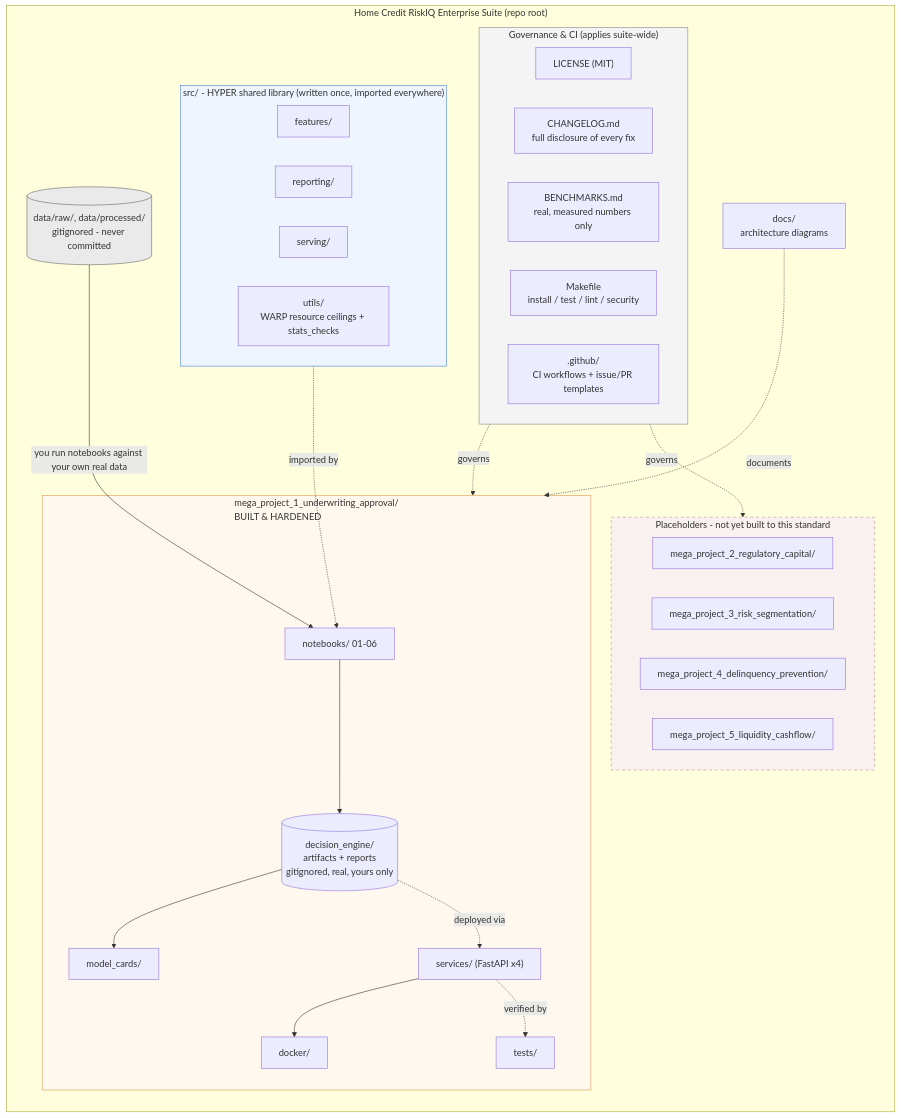
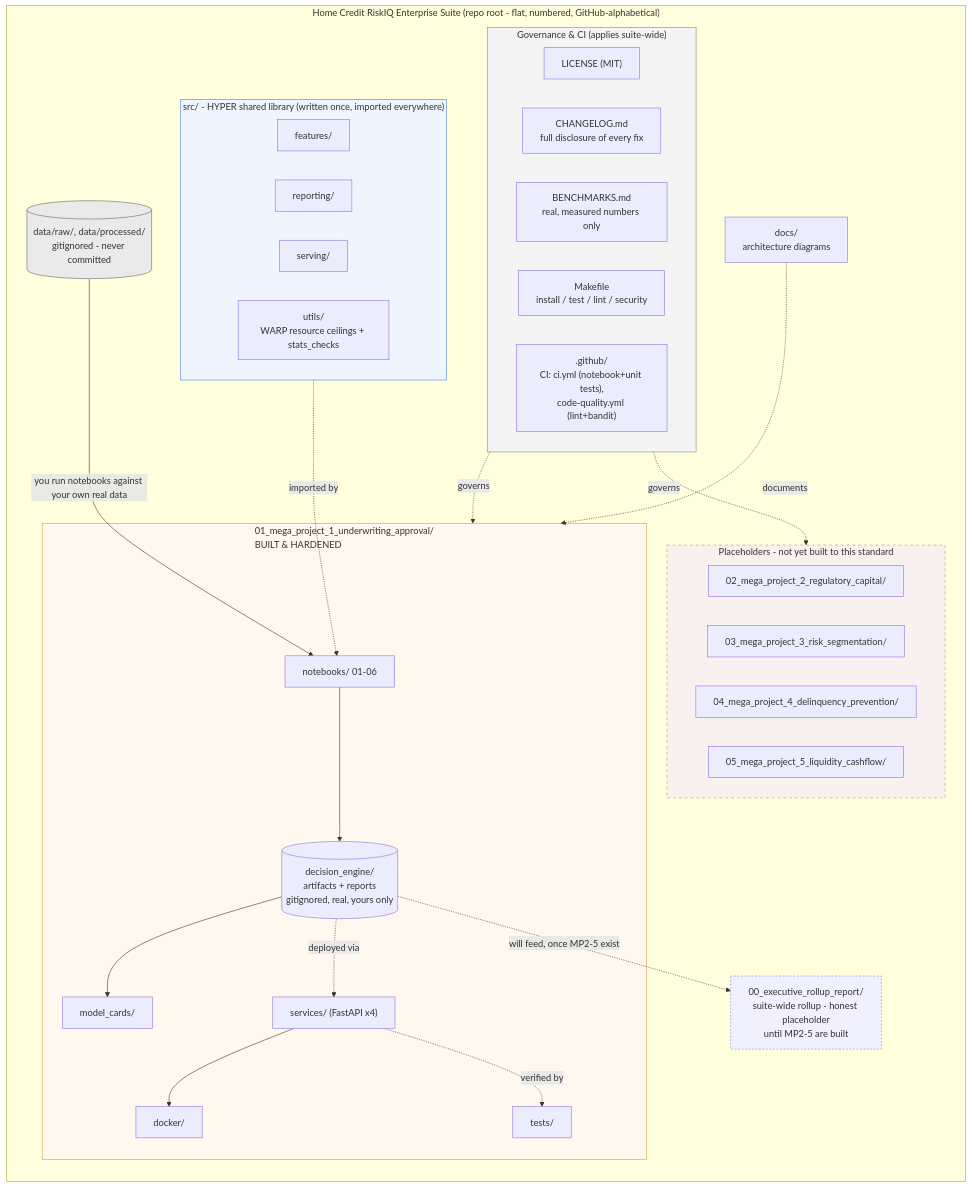
One commit to rnanda19/Home_Credit_RiskIQ_Enterprise_Suite changed the diagram in docs/suite_repository_structure.mmd. Above: the diagram before and after it, drawn with Mermaid. The commit also changed 32 other files, not shown here.

Commit message:
Enterprise hardening pass: Mega Project 1 (Underwriting & Approval Intelligence) built and verified; suite corrected to its final 5-Mega-Project scope. See CHANGELOG.md for full disclosure of every fix.

```diff
--- a/docs/suite_repository_structure.mmd
+++ b/docs/suite_repository_structure.mmd
@@ -1,56 +1,60 @@
 flowchart TB
-    subgraph ROOT["Home Credit RiskIQ Enterprise Suite (repo root)"]
+    subgraph ROOT["Home Credit RiskIQ Enterprise Suite (repo root - flat, numbered, GitHub-alphabetical)"]
         direction TB
+
+        ROLLUP["00_executive_rollup_report/\nsuite-wide rollup - honest placeholder\nuntil MP2-5 are built"]
 
         subgraph GOV["Governance & CI (applies suite-wide)"]
             LIC["LICENSE (MIT)"]
             CHLOG["CHANGELOG.md\nfull disclosure of every fix"]
             BENCH["BENCHMARKS.md\nreal, measured numbers only"]
             MAKE["Makefile\ninstall / test / lint / security"]
-            GH[".github/\nCI workflows + issue/PR templates"]
+            GH[".github/\nCI: ci.yml (notebook+unit tests),\ncode-quality.yml (lint+bandit)"]
         end
 
         subgraph HYPER["src/ - HYPER shared library (written once, imported everywhere)"]
             FEAT["features/"]
             REPORT["reporting/"]
             SERVE["serving/"]
             UTIL["utils/\nWARP resource ceilings + stats_checks"]
         end
 
         DATA[("data/raw/, data/processed/\ngitignored - never committed")]
 
-        subgraph MP1["mega_project_1_underwriting_approval/\nBUILT & HARDENED"]
+        subgraph MP1["01_mega_project_1_underwriting_approval/\nBUILT & HARDENED"]
             MP1NB["notebooks/ 01-06"]
             MP1MC["model_cards/"]
             MP1SVC["services/ (FastAPI x4)"]
             MP1DOC["docker/"]
             MP1TEST["tests/"]
             MP1DE[("decision_engine/\nartifacts + reports\ngitignored, real, yours only")]
         end
 
         subgraph PLACEHOLDERS["Placeholders - not yet built to this standard"]
-            MP2["mega_project_2_regulatory_capital/"]
-            MP3["mega_project_3_risk_segmentation/"]
-            MP4["mega_project_4_delinquency_prevention/"]
-            MP5["mega_project_5_liquidity_cashflow/"]
+            MP2["02_mega_project_2_regulatory_capital/"]
+            MP3["03_mega_project_3_risk_segmentation/"]
+            MP4["04_mega_project_4_delinquency_prevention/"]
+            MP5["05_mega_project_5_liquidity_cashflow/"]
         end
 
         DOCS["docs/\narchitecture diagrams"]
     end
 
     HYPER -.imported by.-> MP1NB
     DATA -->|"you run notebooks against your own real data"| MP1NB
     MP1NB --> MP1DE
     MP1DE --> MP1MC
     MP1DE -.deployed via.-> MP1SVC
     MP1SVC --> MP1DOC
     MP1SVC -.verified by.-> MP1TEST
     GOV -.governs.-> MP1
     GOV -.governs.-> PLACEHOLDERS
     DOCS -.documents.-> MP1
+    MP1DE -.will feed, once MP2-5 exist.-> ROLLUP
 
     style GOV fill:#f4f4f4,stroke:#888
     style HYPER fill:#eef5ff,stroke:#4a7fd6
     style MP1 fill:#fff8ee,stroke:#d69a4a
     style PLACEHOLDERS fill:#f9f0f0,stroke:#c98a8a,stroke-dasharray: 5 5
     style DATA fill:#eaeaea,stroke:#666
+    style ROLLUP fill:#f0f0ff,stroke:#7a7ad6,stroke-dasharray: 3 3
```
